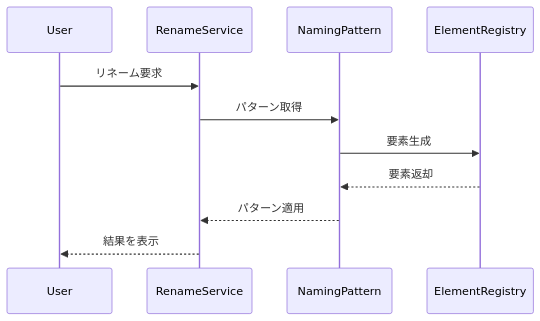
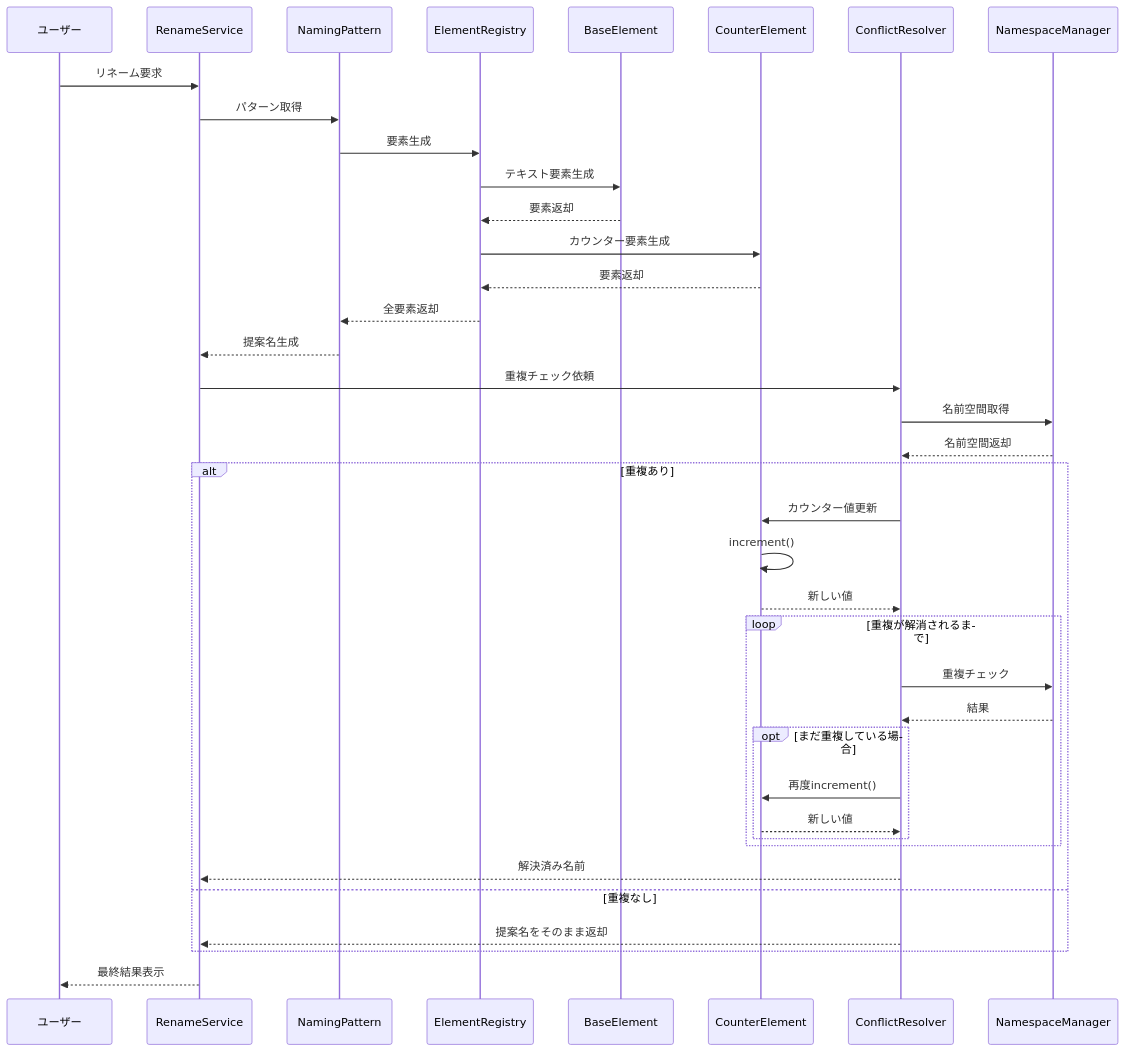
The first of 3 diagrams in docs/source/development/design_notes/class_diagrams.rst (Pluglug/modular-renamer), drawn with Mermaid before and after one commit. The commit also changed other lines of this file and 1 other file, not shown here.

Commit message:
Added visualization of module dependencies and sequence diagram of the renaming process

```diff
--- a/docs/source/development/design_notes/class_diagrams.rst
+++ b/docs/source/development/design_notes/class_diagrams.rst
@@ -5,15 +5,51 @@
 .. mermaid::
     :caption: リネーム処理フロー
 
     sequenceDiagram
-        participant User
+        participant ユーザー
         participant RenameService
         participant NamingPattern
         participant ElementRegistry
+        participant BaseElement
+        participant CounterElement
+        participant ConflictResolver
+        participant NamespaceManager
         
-        User->>RenameService: リネーム要求
+        ユーザー->>RenameService: リネーム要求
         RenameService->>NamingPattern: パターン取得
         NamingPattern->>ElementRegistry: 要素生成
-        ElementRegistry-->>NamingPattern: 要素返却
-        NamingPattern-->>RenameService: パターン適用
-        RenameService-->>User: 結果を表示
+        
+        ElementRegistry->>BaseElement: テキスト要素生成
+        BaseElement-->>ElementRegistry: 要素返却
+        
+        ElementRegistry->>CounterElement: カウンター要素生成
+        CounterElement-->>ElementRegistry: 要素返却
+        
+        ElementRegistry-->>NamingPattern: 全要素返却
+        NamingPattern-->>RenameService: 提案名生成
+        
+        RenameService->>ConflictResolver: 重複チェック依頼
+        ConflictResolver->>NamespaceManager: 名前空間取得
+        NamespaceManager-->>ConflictResolver: 名前空間返却
+        
+        alt 重複あり
+            ConflictResolver->>CounterElement: カウンター値更新
+            CounterElement->>CounterElement: increment()
+            CounterElement-->>ConflictResolver: 新しい値
+            
+            loop 重複が解消されるまで
+                ConflictResolver->>NamespaceManager: 重複チェック
+                NamespaceManager-->>ConflictResolver: 結果
+                
+                opt まだ重複している場合
+                    ConflictResolver->>CounterElement: 再度increment()
+                    CounterElement-->>ConflictResolver: 新しい値
+                end
+            end
+            
+            ConflictResolver-->>RenameService: 解決済み名前
+        else 重複なし
+            ConflictResolver-->>RenameService: 提案名をそのまま返却
+        end
+        
+        RenameService-->>ユーザー: 最終結果表示
```
